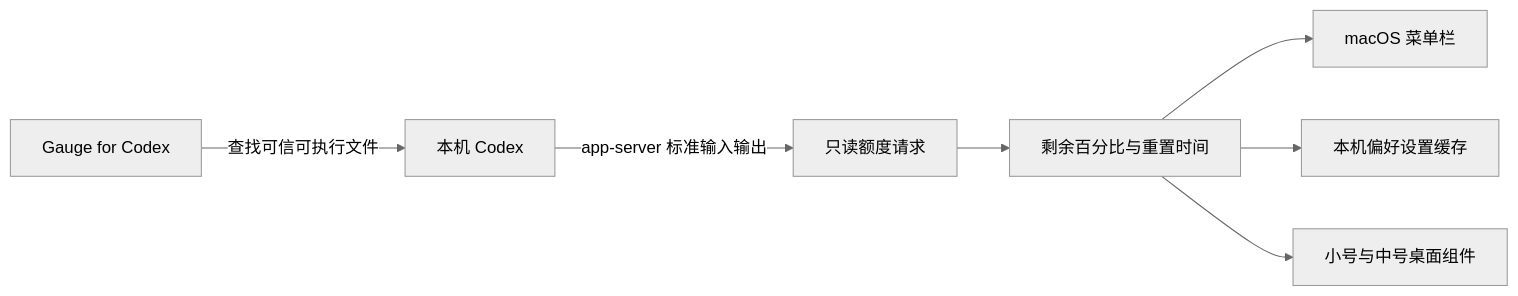
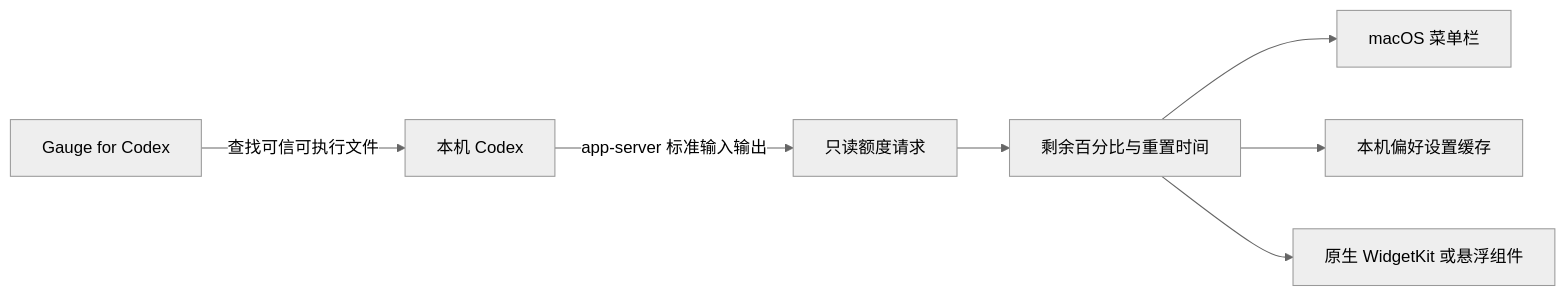
Before and after one commit to qingtan-labs/AgentReadout: the diagram in README.zh-Hans.md, drawn with Mermaid (neutral theme). The commit also changed other lines of this file and 13 other files, not shown here.

````diff
--- a/README.zh-Hans.md
+++ b/README.zh-Hans.md
@@ -80,9 +80,9 @@
 ```mermaid
 flowchart LR
     A[Gauge for Codex] -->|查找可信可执行文件| B[本机 Codex]
     B -->|app-server 标准输入输出| C[只读额度请求]
     C --> D[剩余百分比与重置时间]
     D --> E[macOS 菜单栏]
     D --> F[本机偏好设置缓存]
-    D --> G[小号与中号桌面组件]
+    D --> G[原生 WidgetKit 或悬浮组件]
 ```
````
